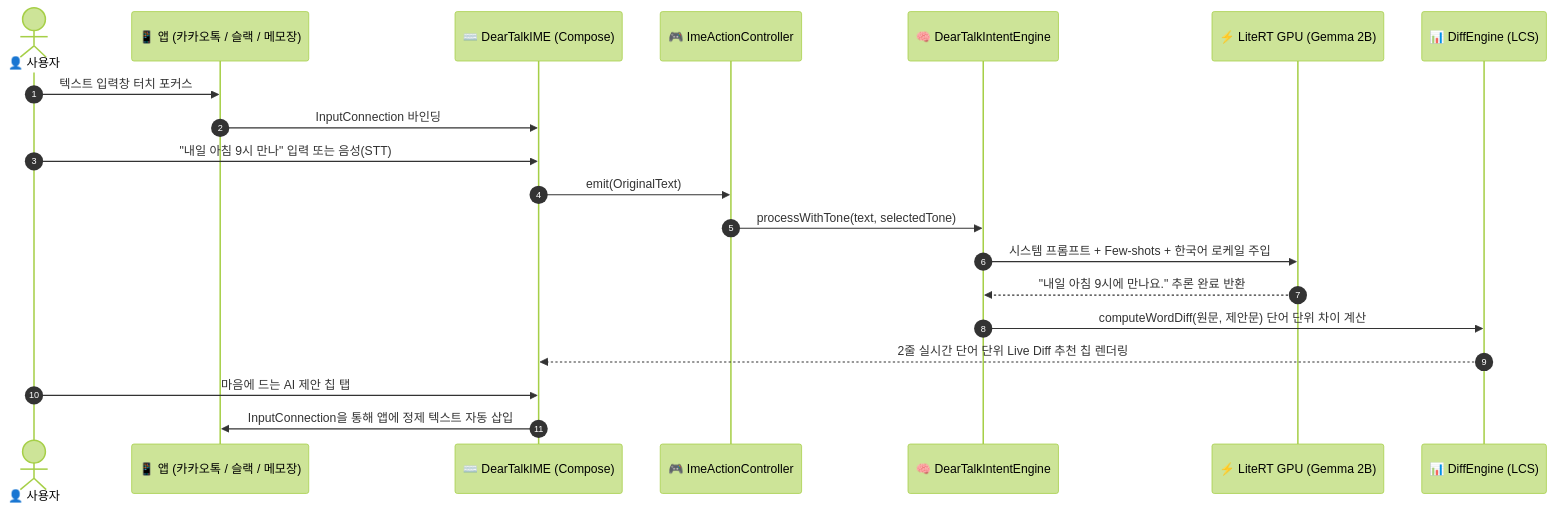
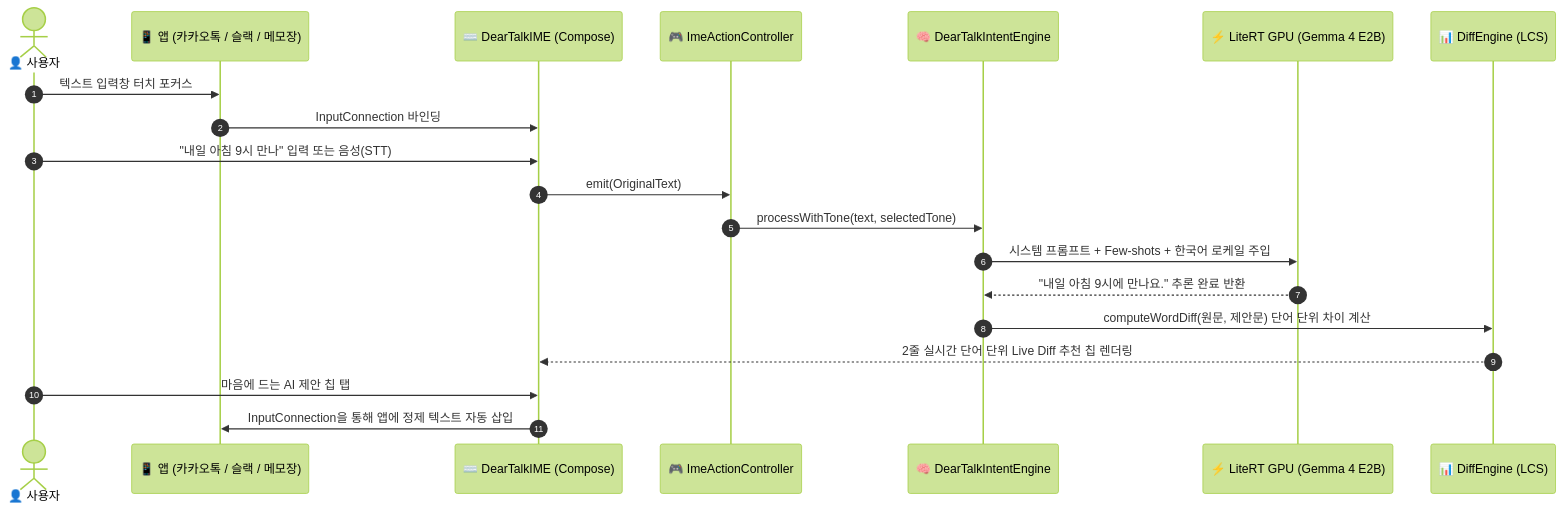
Before and after one commit to cobuild-ai/deartalk-ai: the diagram in README.ko.md, drawn with Mermaid (forest theme). The commit also changed other lines of this file and 114 other files, not shown here.

````diff
--- a/README.ko.md
+++ b/README.ko.md
@@ -79,23 +79,23 @@
 ```mermaid
 sequenceDiagram
     autonumber
     actor User as 👤 사용자
     participant HostApp as 📱 앱 (카카오톡 / 슬랙 / 메모장)
     participant IME as ⌨️ DearTalkIME (Compose)
     participant Controller as 🎮 ImeActionController
     participant Engine as 🧠 DearTalkIntentEngine
-    participant LLM as ⚡ LiteRT GPU (Gemma 2B)
+    participant LLM as ⚡ LiteRT GPU (Gemma 4 E2B)
     participant Diff as 📊 DiffEngine (LCS)
 
     User->>HostApp: 텍스트 입력창 터치 포커스
     HostApp->>IME: InputConnection 바인딩
     User->>IME: "내일 아침 9시 만나" 입력 또는 음성(STT)
     IME->>Controller: emit(OriginalText)
     Controller->>Engine: processWithTone(text, selectedTone)
     Engine->>LLM: 시스템 프롬프트 + Few-shots + 한국어 로케일 주입
     LLM-->>Engine: "내일 아침 9시에 만나요." 추론 완료 반환
     Engine->>Diff: computeWordDiff(원문, 제안문) 단어 단위 차이 계산
     Diff-->>IME: 2줄 실시간 단어 단위 Live Diff 추천 칩 렌더링
     User->>IME: 마음에 드는 AI 제안 칩 탭
     IME->>HostApp: InputConnection을 통해 앱에 정제 텍스트 자동 삽입
 ```
````
